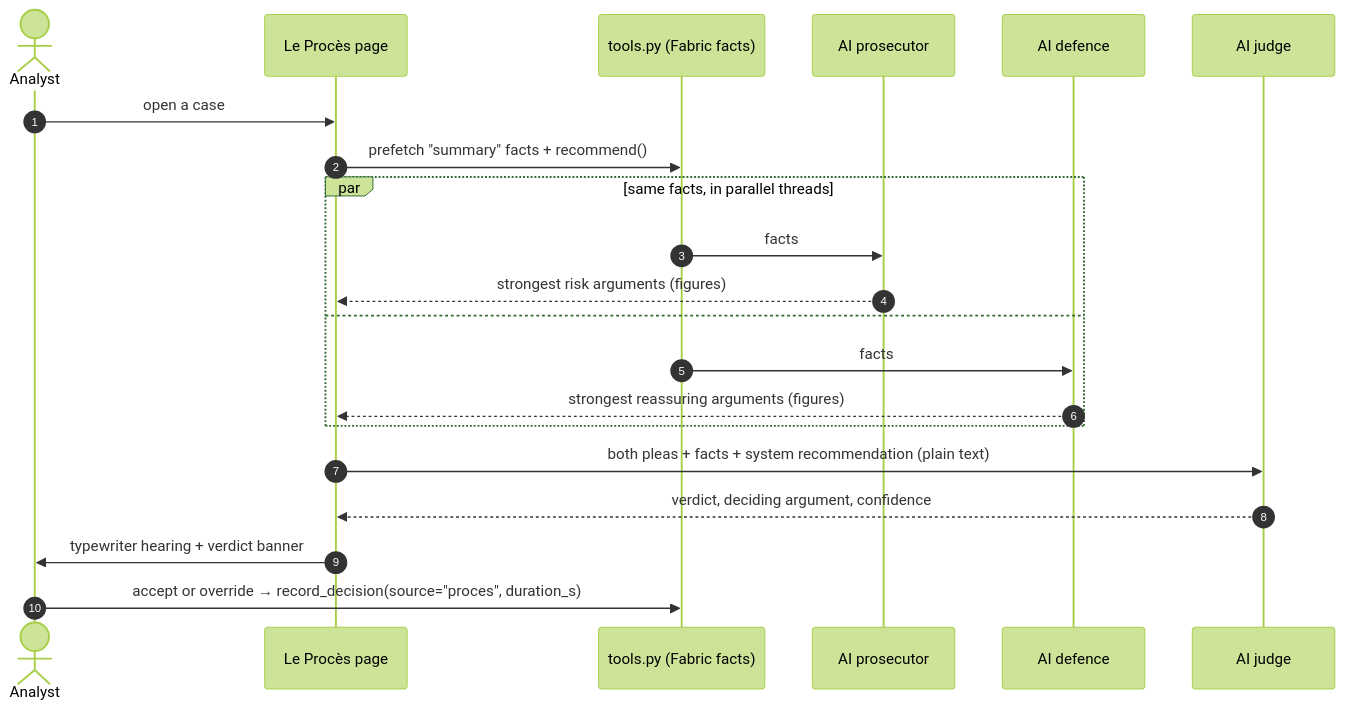
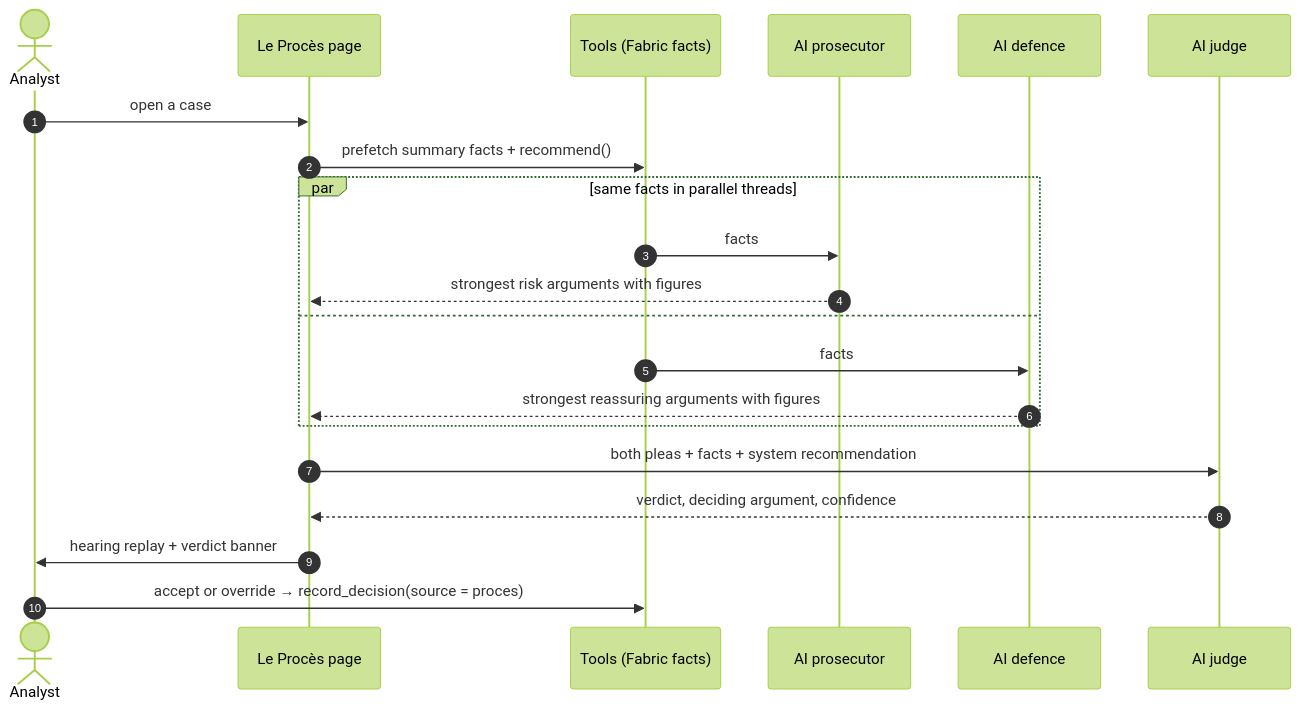
One commit to hack-australiaeast-01/hyson-detector changed the ninth of 18 diagrams in docs/ARCHITECTURE.md. Above: the diagram before and after it, drawn with Mermaid (forest theme). The commit also changed other lines of this file and 26 other files, not shown here.

Commit message:
Architecture rewritten: 18 diagrams from Fabric to Azure AI Foundry, ML pipeline, MLOps, ML vs DL map, each AI pipeline, pages, deployment & security (+ PNGs)

````diff
--- a/docs/ARCHITECTURE.md
+++ b/docs/ARCHITECTURE.md
@@ -122,23 +377,23 @@
 ```mermaid
 sequenceDiagram
     autonumber
     actor A as Analyst
     participant UI as Le Procès page
-    participant T as tools.py (Fabric facts)
+    participant T as Tools (Fabric facts)
     participant P as AI prosecutor
     participant D as AI defence
     participant J as AI judge
     A->>UI: open a case
-    UI->>T: prefetch "summary" facts + recommend()
-    par same facts, in parallel threads
+    UI->>T: prefetch summary facts + recommend()
+    par same facts in parallel threads
         T->>P: facts
-        P-->>UI: strongest risk arguments (figures)
+        P-->>UI: strongest risk arguments with figures
     and
         T->>D: facts
-        D-->>UI: strongest reassuring arguments (figures)
+        D-->>UI: strongest reassuring arguments with figures
     end
-    UI->>J: both pleas + facts + system recommendation (plain text)
+    UI->>J: both pleas + facts + system recommendation
     J-->>UI: verdict, deciding argument, confidence
-    UI->>A: typewriter hearing + verdict banner
-    A->>T: accept or override → record_decision(source="proces", duration_s)
+    UI->>A: hearing replay + verdict banner
+    A->>T: accept or override → record_decision(source = proces)
 ```
````
